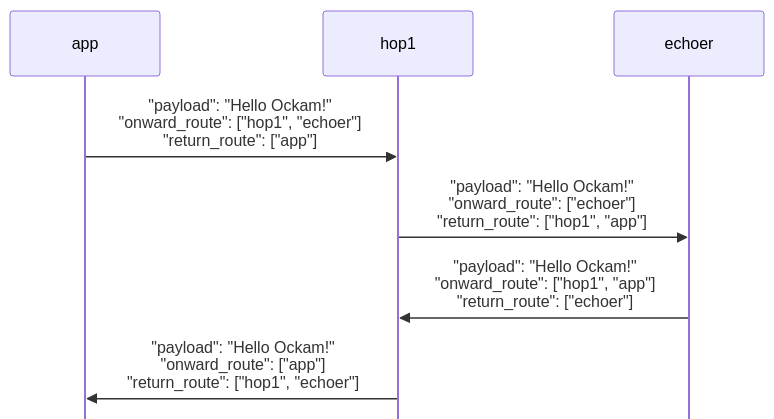
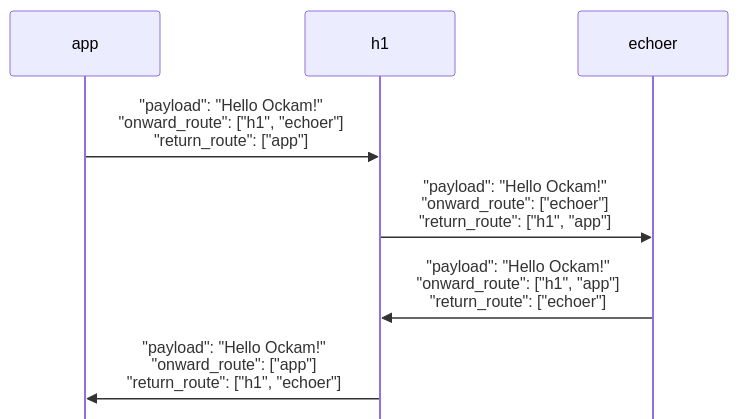
The second of 3 diagrams in libraries/rust/routing.md (build-trust/ockam-documentation), drawn with Mermaid before and after one commit. The commit also changed other lines of this file, not shown here.

````diff
--- a/libraries/rust/routing.md
+++ b/libraries/rust/routing.md
@@ -138,11 +44,11 @@
 ```mermaid
 %%{init: { "fontFamily": "monospace", "sequence": {"mirrorActors": false} }}%%
 sequenceDiagram
-    app    ->> hop1:   "payload": "Hello Ockam!"<br>"onward_route": ["hop1", "echoer"]<br>"return_route": ["app"]
-    hop1   ->> echoer: "payload": "Hello Ockam!"<br>"onward_route": ["echoer"]<br>"return_route": ["hop1", "app"]
-    echoer ->> hop1:   "payload": "Hello Ockam!"<br>"onward_route": ["hop1", "app"]<br>"return_route": ["echoer"]
-    hop1   ->> app:    "payload": "Hello Ockam!"<br>"onward_route": ["app"]<br>"return_route": ["hop1", "echoer"]
+    app    ->> h1:     "payload": "Hello Ockam!"<br>"onward_route": ["h1", "echoer"]<br>"return_route": ["app"]
+    h1     ->> echoer: "payload": "Hello Ockam!"<br>"onward_route": ["echoer"]<br>"return_route": ["h1", "app"]
+    echoer ->> h1:     "payload": "Hello Ockam!"<br>"onward_route": ["h1", "app"]<br>"return_route": ["echoer"]
+    h1     ->> app:    "payload": "Hello Ockam!"<br>"onward_route": ["app"]<br>"return_route": ["h1", "echoer"]
 
 
 
 ```
````
